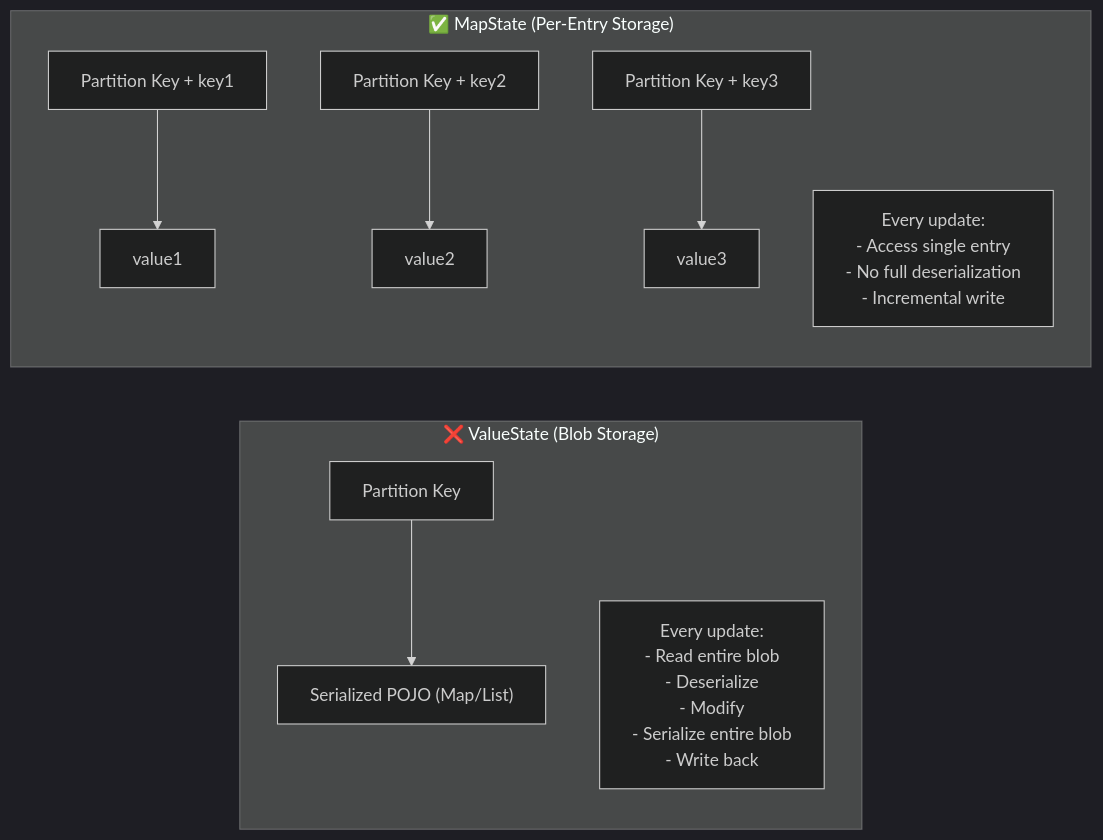
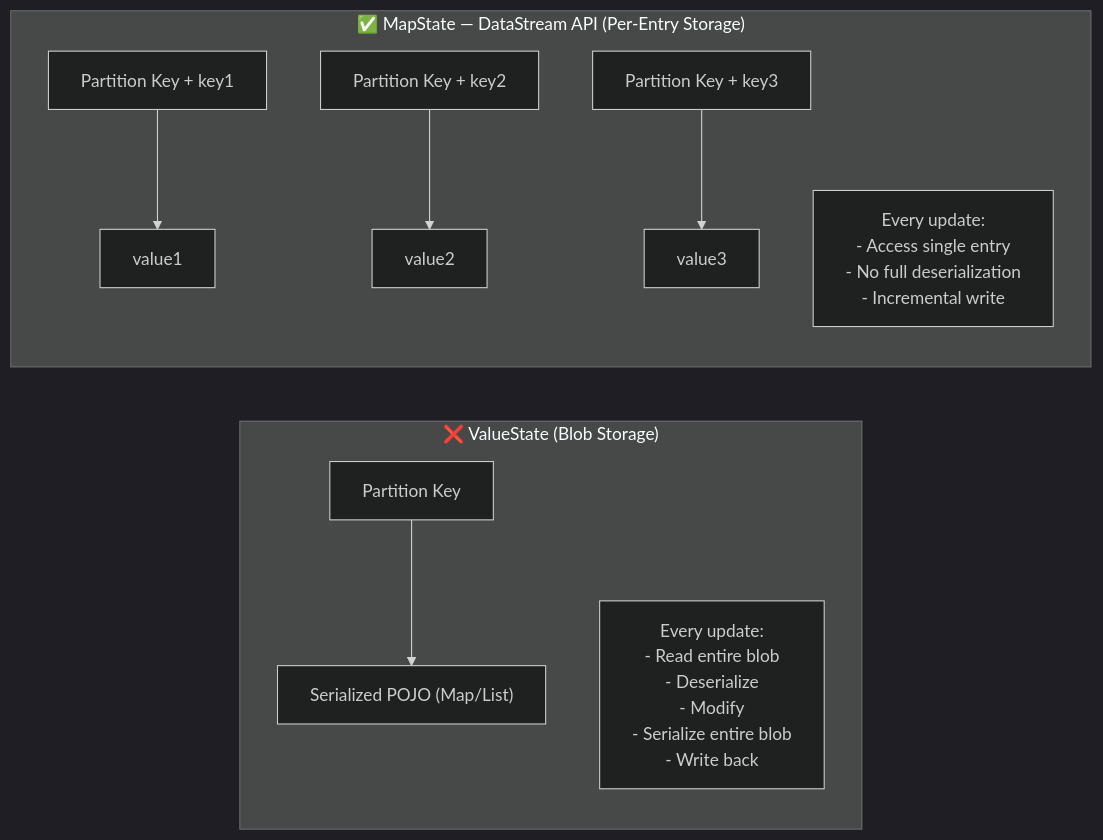
The diagram in docs/ccaf-map-list-ptf-udf-limitation-explanation.md (j3-signalroom/apache_flink-kickstarter-ii), drawn with Mermaid (dark theme) before and after one commit. The commit also changed other lines of this file and 3 other files, not shown here.

````diff
--- a/docs/ccaf-map-list-ptf-udf-limitation-explanation.md
+++ b/docs/ccaf-map-list-ptf-udf-limitation-explanation.md
@@ -26,27 +26,27 @@
 ```mermaid
 flowchart LR
 
 subgraph BAD["❌ ValueState (Blob Storage)"]
     A1["Partition Key"]
     A2["Serialized POJO (Map/List)"]
     A1 --> A2
 
     note1["Every update:
     - Read entire blob
     - Deserialize
     - Modify
     - Serialize entire blob
     - Write back"]
 end
 
-subgraph GOOD["✅ MapState (Per-Entry Storage)"]
+subgraph GOOD["✅ MapState — DataStream API (Per-Entry Storage)"]
     B1["Partition Key + key1"] --> V1["value1"]
     B2["Partition Key + key2"] --> V2["value2"]
     B3["Partition Key + key3"] --> V3["value3"]
 
     note2["Every update:
     - Access single entry
     - No full deserialization
     - Incremental write"]
 end
 ```
````
